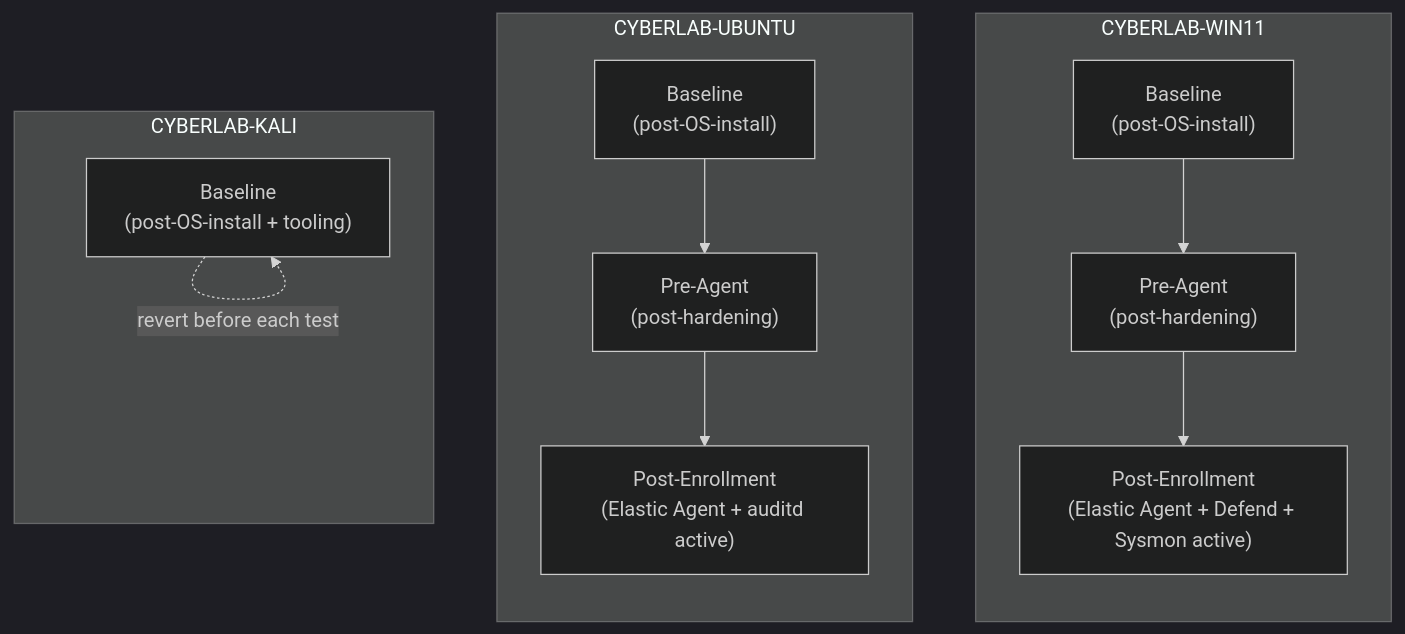
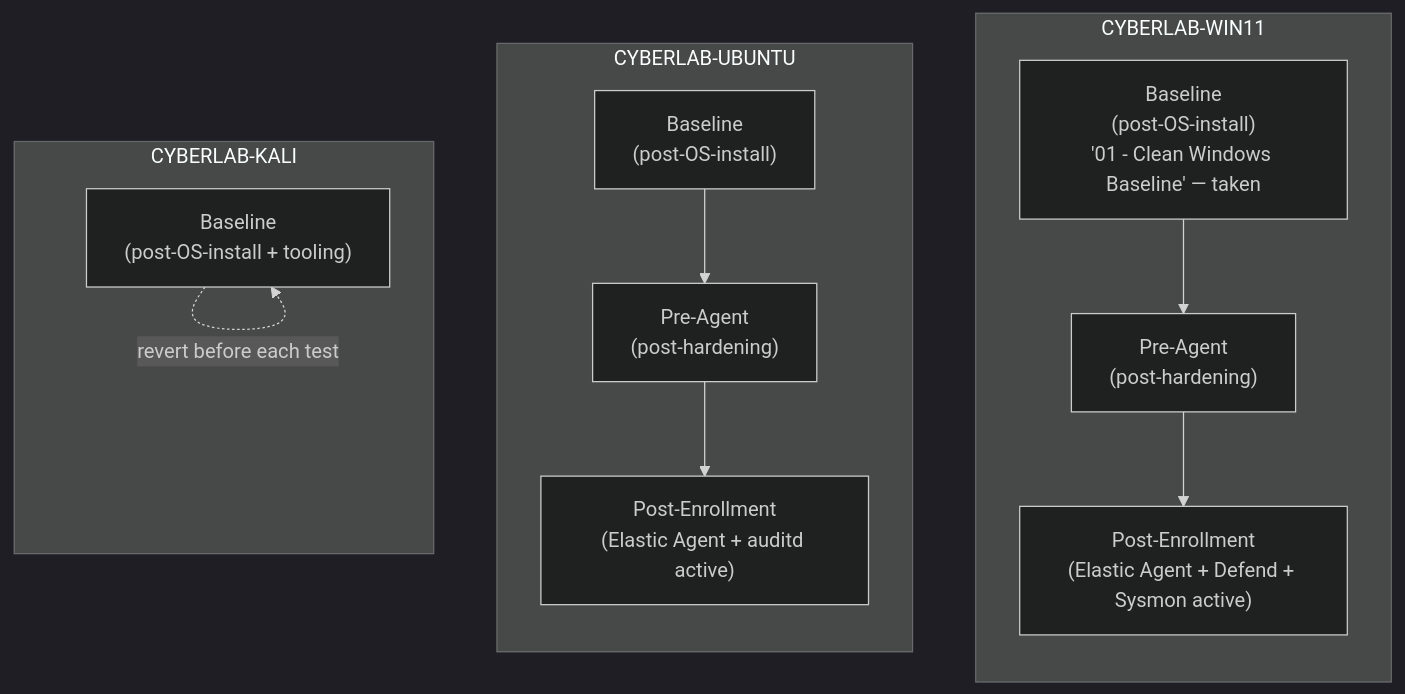
One commit to K1DB00/home-siem changed the diagram in docs/architecture/03-vm-specifications.md. Above: the diagram before and after it, drawn with Mermaid (dark theme). The commit also changed other lines of this file and 6 other files, not shown here.

Commit message:
Update architecture after Windows implementation

````diff
--- a/docs/architecture/03-vm-specifications.md
+++ b/docs/architecture/03-vm-specifications.md
@@ -115,18 +120,18 @@
 ```mermaid
 flowchart TB
     subgraph WIN["CYBERLAB-WIN11"]
         direction TB
-        W1["Baseline\n(post-OS-install)"] --> W2["Pre-Agent\n(post-hardening)"] --> W3["Post-Enrollment\n(Elastic Agent + Defend + Sysmon active)"]
+        W1["Baseline\n(post-OS-install)\n'01 - Clean Windows Baseline' — taken"] --> W2["Pre-Agent\n(post-hardening)"] --> W3["Post-Enrollment\n(Elastic Agent + Defend + Sysmon active)"]
     end
 
     subgraph UB["CYBERLAB-UBUNTU"]
         direction TB
         U1["Baseline\n(post-OS-install)"] --> U2["Pre-Agent\n(post-hardening)"] --> U3["Post-Enrollment\n(Elastic Agent + auditd active)"]
     end
 
     subgraph KALI["CYBERLAB-KALI"]
         direction TB
         K1["Baseline\n(post-OS-install + tooling)"]
         K1 -.->|revert before each test| K1
     end
 ```
````
